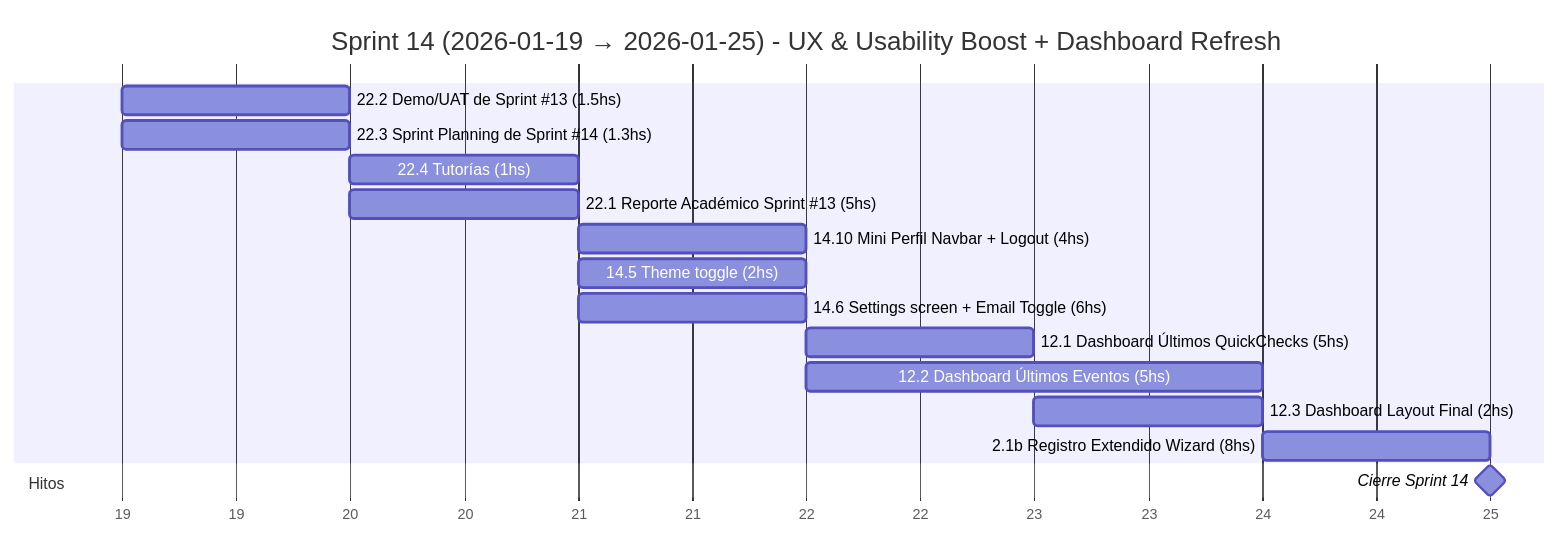
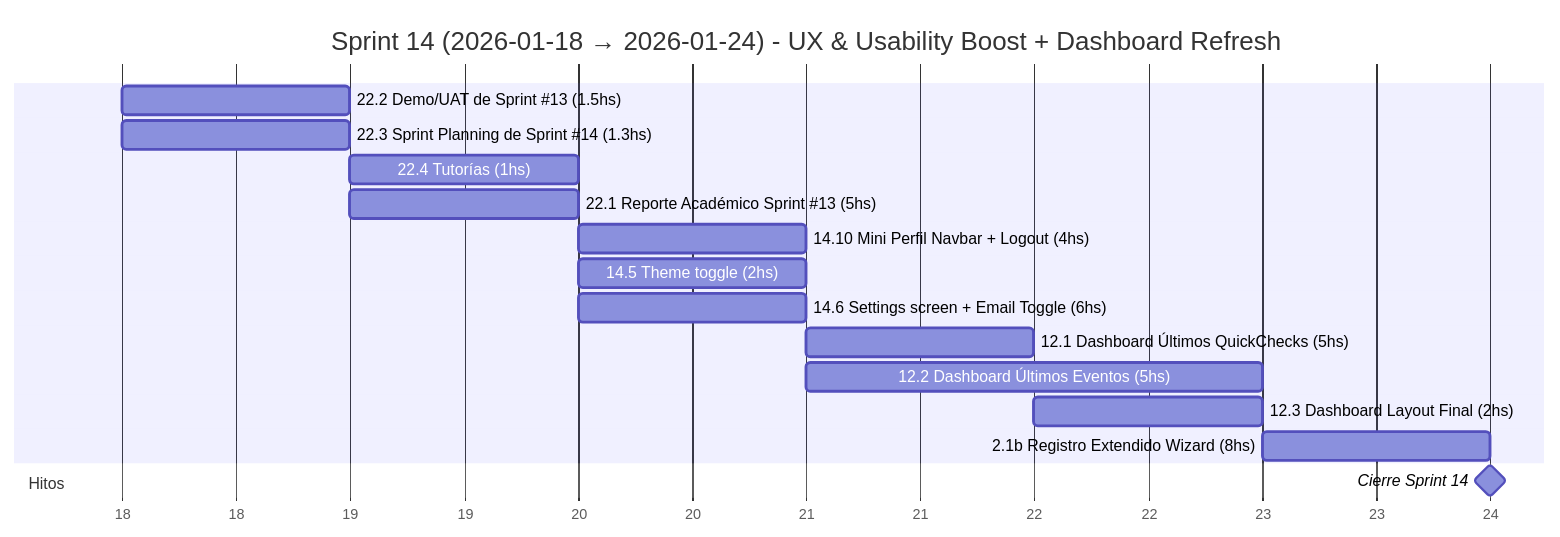
One commit to MarkMed/FleetMan changed diagram 15 of 19 in docs/SprintsGantts.md. Above: the diagram before and after it, drawn with Mermaid. The commit also changed other lines of this file and 1 other file, not shown here.

Commit message:
fix(docs): Update Sprint #13 and #14 dates and adjust task hours in planning documents

````diff
--- a/docs/SprintsGantts.md
+++ b/docs/SprintsGantts.md
@@ -452,26 +452,26 @@
 ```mermaid
 gantt
-  title Sprint 14 (2026-01-19 → 2026-01-25) - UX & Usability Boost + Dashboard Refresh
+  title Sprint 14 (2026-01-18 → 2026-01-24) - UX & Usability Boost + Dashboard Refresh
   dateFormat  YYYY-MM-DD
   axisFormat  %d
 
   %% Asumimos 5 h/día. Horas estimadas incluidas en el nombre.
   %% Orden según tabla: Overhead → UX/Nav/Settings → Dashboard → Registro → Reporte
 
-  22.2 Demo/UAT de Sprint #13 (1.5hs)          :t222, 2026-01-19, 1d
-  22.3 Sprint Planning de Sprint #14 (1.3hs)   :t223, 2026-01-19, 1d
-  22.4 Tutorías (1hs)                          :t224, 2026-01-20, 1d
-  22.1 Reporte Académico Sprint #13 (5hs)      :t221, 2026-01-20, 1d
+  22.2 Demo/UAT de Sprint #13 (1.5hs)          :t222, 2026-01-18, 1d
+  22.3 Sprint Planning de Sprint #14 (1.3hs)   :t223, 2026-01-18, 1d
+  22.4 Tutorías (1hs)                          :t224, 2026-01-19, 1d
+  22.1 Reporte Académico Sprint #13 (5hs)      :t221, 2026-01-19, 1d
 
-  14.10 Mini Perfil Navbar + Logout (4hs)      :t1410, 2026-01-21, 1d
-  14.5 Theme toggle (2hs)                      :t145, 2026-01-21, 1d
-  14.6 Settings screen + Email Toggle (6hs)    :t146, 2026-01-21, 1d
+  14.10 Mini Perfil Navbar + Logout (4hs)      :t1410, 2026-01-20, 1d
+  14.5 Theme toggle (2hs)                      :t145, 2026-01-20, 1d
+  14.6 Settings screen + Email Toggle (6hs)    :t146, 2026-01-20, 1d
 
-  12.1 Dashboard Últimos QuickChecks (5hs)     :t121, 2026-01-22, 1d
-  12.2 Dashboard Últimos Eventos (5hs)         :t122, 2026-01-22, 2d
-  12.3 Dashboard Layout Final (2hs)            :t123, 2026-01-23, 1d
-  2.1b Registro Extendido Wizard (8hs)         :t21b, 2026-01-24, 1d
+  12.1 Dashboard Últimos QuickChecks (5hs)     :t121, 2026-01-21, 1d
+  12.2 Dashboard Últimos Eventos (5hs)         :t122, 2026-01-21, 2d
+  12.3 Dashboard Layout Final (2hs)            :t123, 2026-01-22, 1d
+  2.1b Registro Extendido Wizard (8hs)         :t21b, 2026-01-23, 1d
 
   section Hitos
-  Cierre Sprint 14                             :milestone, s14, 2026-01-25, 0d
+  Cierre Sprint 14                             :milestone, s14, 2026-01-24, 0d
 ```
````
